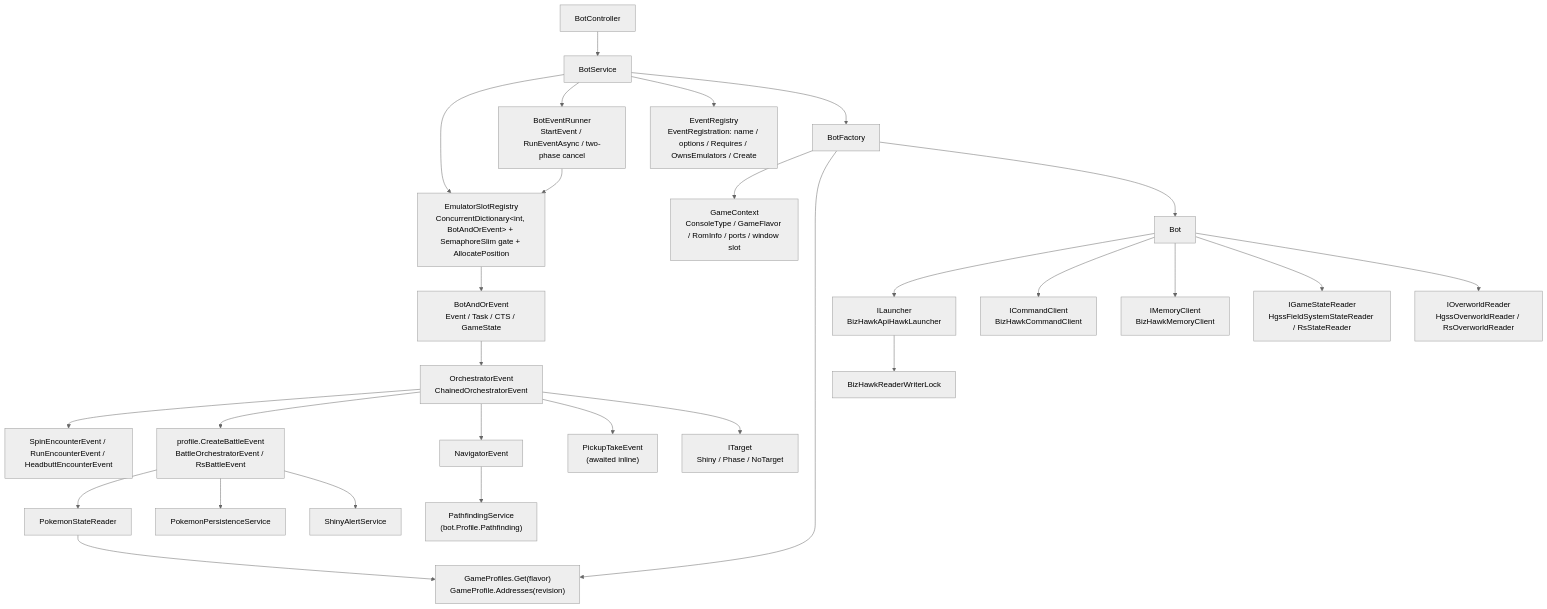
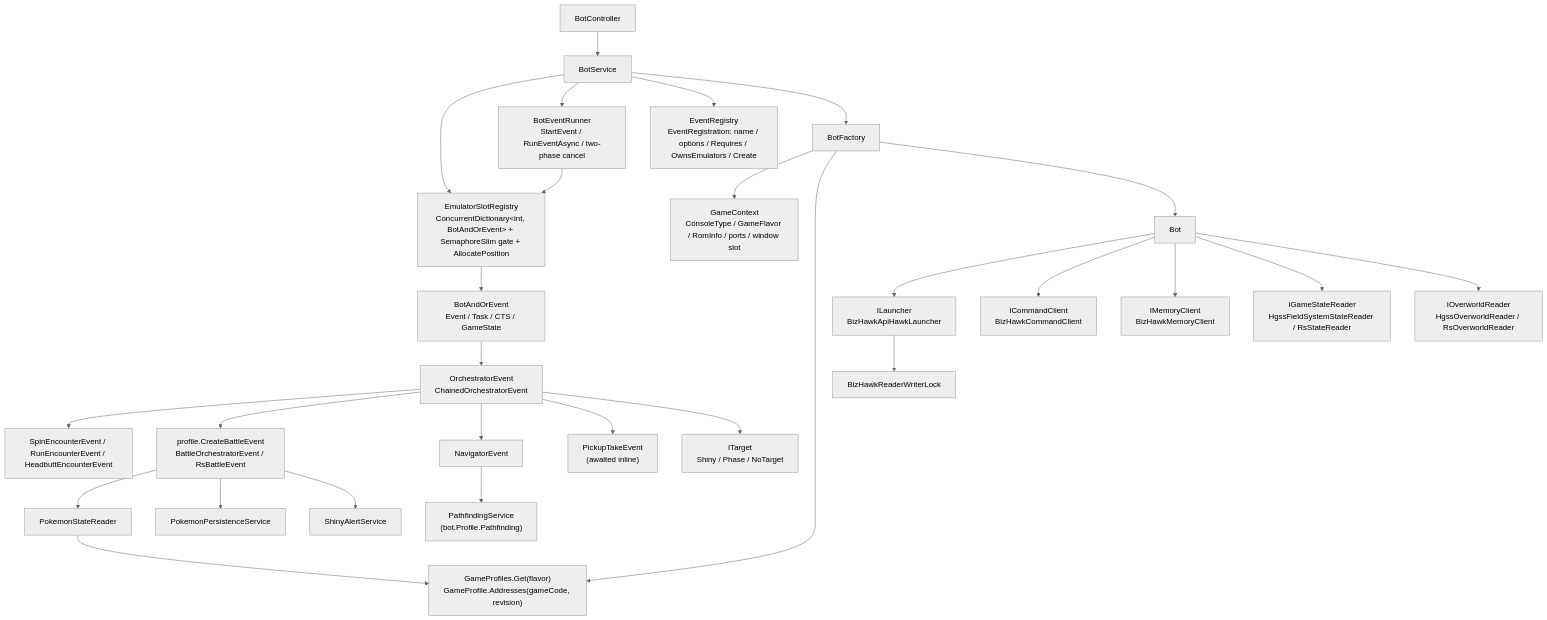
The second of 2 diagrams in docs/architecture/system-overview.md (ppicinic/ShinyBotHunter), drawn with Mermaid (neutral theme) before and after one commit. The commit also changed other lines of this file and 3 other files, not shown here.

````diff
--- a/docs/architecture/system-overview.md
+++ b/docs/architecture/system-overview.md
@@ -123,28 +123,28 @@
 ```mermaid
 flowchart TD
   BC[BotController] --> BS[BotService]
   BS --> REG["EmulatorSlotRegistry<br/>ConcurrentDictionary&lt;int, BotAndOrEvent&gt; + SemaphoreSlim gate + AllocatePosition"]
   BS --> RUN["BotEventRunner<br/>StartEvent / RunEventAsync / two-phase cancel"]
   RUN --> REG
   BS --> ER["EventRegistry<br/>EventRegistration: name / options / Requires / OwnsEmulators / Create"]
   BS --> BF[BotFactory]
   BF --> GC["GameContext<br/>ConsoleType / GameFlavor / RomInfo / ports / window slot"]
-  BF --> GP["GameProfiles.Get(flavor)<br/>GameProfile.Addresses(revision)"]
+  BF --> GP["GameProfiles.Get(flavor)<br/>GameProfile.Addresses(gameCode, revision)"]
   BF --> Bot
   Bot --> L["ILauncher<br/>BizHawkApiHawkLauncher"]
   Bot --> CC["ICommandClient<br/>BizHawkCommandClient"]
   Bot --> MC["IMemoryClient<br/>BizHawkMemoryClient"]
   Bot --> SR["IGameStateReader<br/>HgssFieldSystemStateReader / RsStateReader"]
   Bot --> OR["IOverworldReader<br/>HgssOverworldReader / RsOverworldReader"]
   L --> RWL[BizHawkReaderWriterLock]
   REG --> BAE["BotAndOrEvent<br/>Event / Task / CTS / GameState"]
   BAE --> OE["OrchestratorEvent<br/>ChainedOrchestratorEvent"]
   OE --> ENC["SpinEncounterEvent / RunEncounterEvent / HeadbuttEncounterEvent"]
   OE --> BOE["profile.CreateBattleEvent<br/>BattleOrchestratorEvent / RsBattleEvent"]
   OE --> NAV[NavigatorEvent] --> PF["PathfindingService<br/>(bot.Profile.Pathfinding)"]
   OE --> PTE["PickupTakeEvent<br/>(awaited inline)"]
   BOE --> PSR[PokemonStateReader] --> GP
   BOE --> PP[PokemonPersistenceService]
   BOE --> SA[ShinyAlertService]
   OE --> T["ITarget<br/>Shiny / Phase / NoTarget"]
 ```
````
